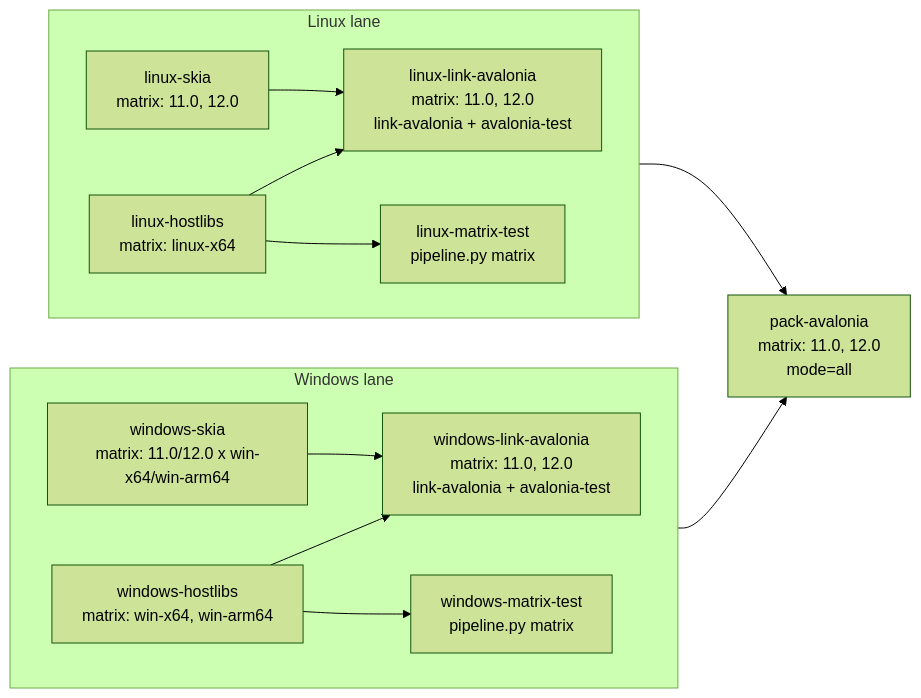
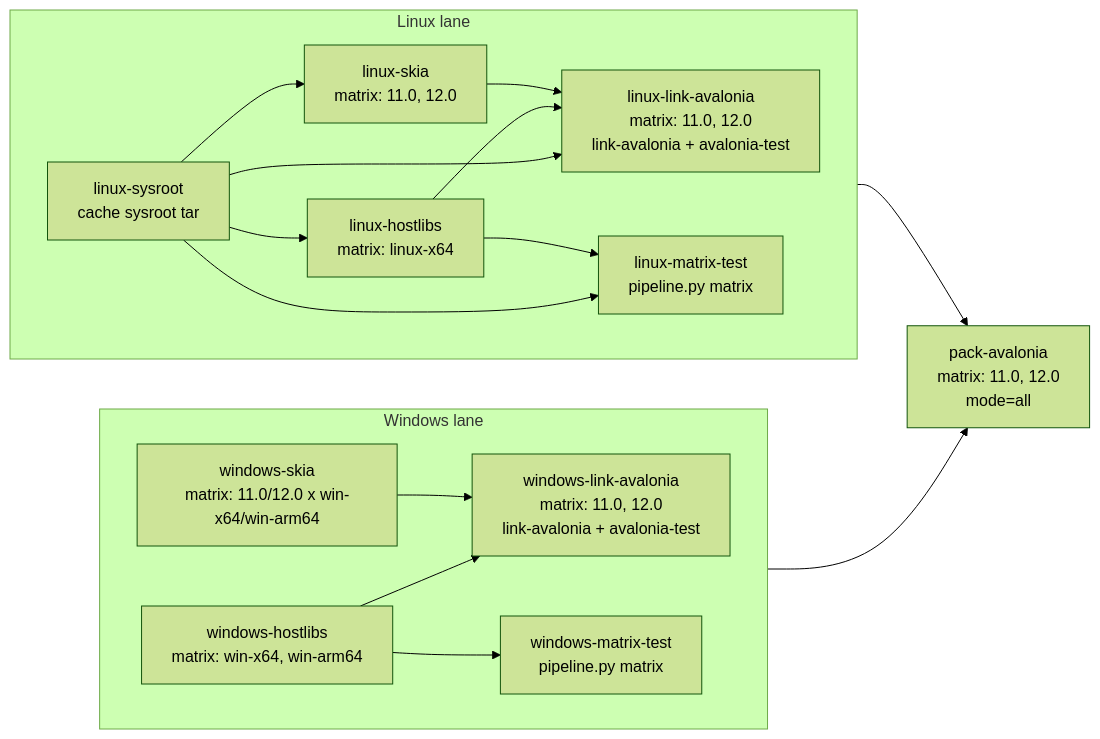
Before and after one commit to chsbuffer/HostForge: the diagram in README.md, drawn with Mermaid (forest theme). The commit also changed other lines of this file and 12 other files, not shown here.

Commit message:
Refine Linux sysroot and Avalonia host linking

````diff
--- a/README.md
+++ b/README.md
@@ -20,31 +20,36 @@
 ```mermaid
 flowchart LR
     subgraph W["Windows lane"]
         direction LR
         WH["windows-hostlibs<br/>matrix: win-x64, win-arm64"]
         WS["windows-skia<br/>matrix: 11.0/12.0 x win-x64/win-arm64"]
         WLA["windows-link-avalonia<br/>matrix: 11.0, 12.0<br/>link-avalonia + avalonia-test"]
         WM["windows-matrix-test<br/>pipeline.py matrix"]
 
         WH --> WLA
         WS --> WLA
         WH --> WM
     end
 
     subgraph L["Linux lane"]
         direction LR
+        LSY["linux-sysroot<br/>cache sysroot tar"]
         LH["linux-hostlibs<br/>matrix: linux-x64"]
         LS["linux-skia<br/>matrix: 11.0, 12.0"]
         LLA["linux-link-avalonia<br/>matrix: 11.0, 12.0<br/>link-avalonia + avalonia-test"]
         LM["linux-matrix-test<br/>pipeline.py matrix"]
 
+        LSY --> LH
+        LSY --> LS
+        LSY --> LLA
+        LSY --> LM
         LH --> LLA
         LS --> LLA
         LH --> LM
     end
 
     PA["pack-avalonia<br/>matrix: 11.0, 12.0<br/>mode=all"]
 
     WLA --> PA
     LLA --> PA
 ```
````
